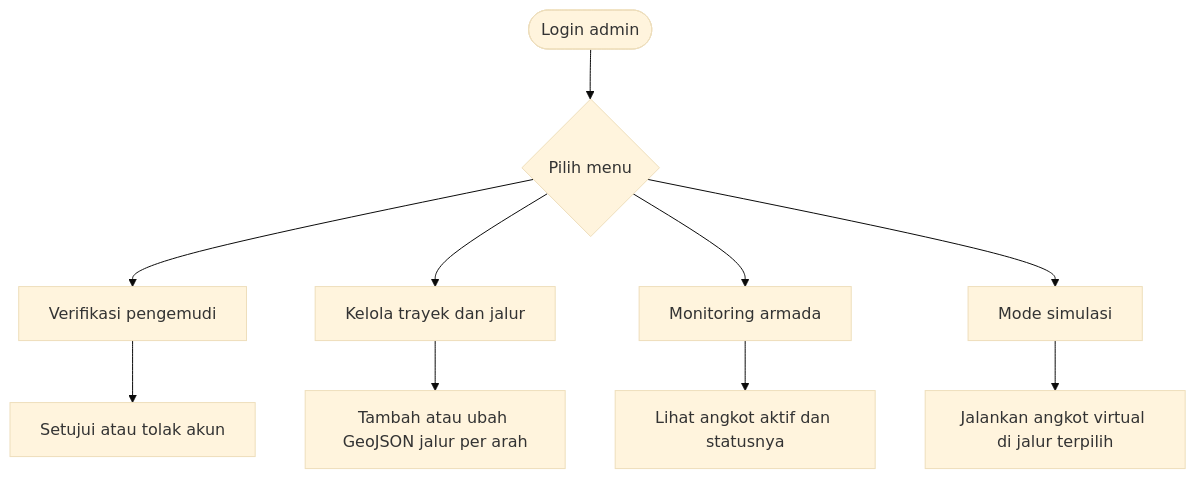
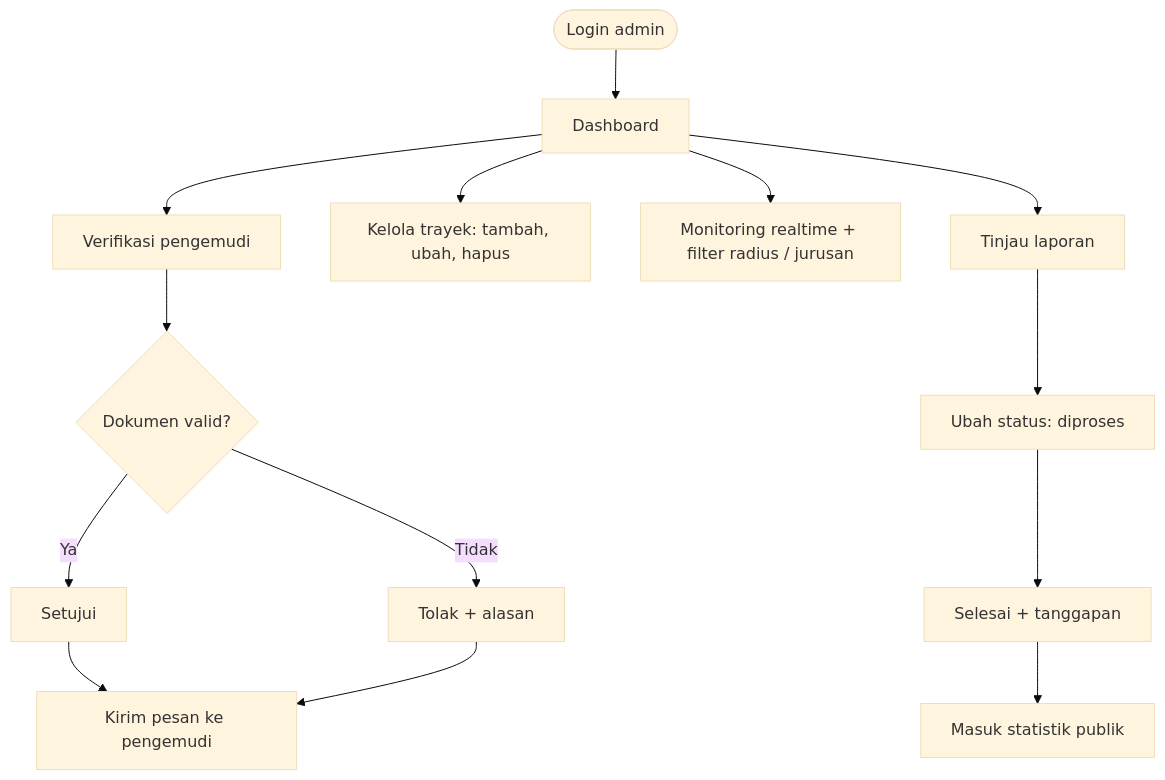
One commit to angkot-live/angkot-live changed the sixth of 6 diagrams in README.md. Above: the diagram before and after it, drawn with Mermaid (base theme). The commit also changed other lines of this file, not shown here.

````diff
--- a/README.md
+++ b/README.md
@@ -269,12 +569,20 @@
 ```mermaid
 flowchart TD
-    A(["Login admin"]) --> B{"Pilih menu"}
+    A(["Login admin"]) --> B["Dashboard"]
+
     B --> C["Verifikasi pengemudi"]
-    B --> D["Kelola trayek dan jalur"]
-    B --> E["Monitoring armada"]
-    B --> F["Mode simulasi"]
-    C --> C1["Setujui atau tolak akun"]
-    D --> D1["Tambah atau ubah GeoJSON jalur per arah"]
-    E --> E1["Lihat angkot aktif dan statusnya"]
-    F --> F1["Jalankan angkot virtual di jalur terpilih"]
+    C --> C1{"Dokumen valid?"}
+    C1 -->|Ya| C2["Setujui"]
+    C1 -->|Tidak| C3["Tolak + alasan"]
+    C2 --> C4["Kirim pesan ke pengemudi"]
+    C3 --> C4
+
+    B --> D["Kelola trayek: tambah, ubah, hapus"]
+
+    B --> E["Monitoring realtime + filter radius / jurusan"]
+
+    B --> F["Tinjau laporan"]
+    F --> F1["Ubah status: diproses"]
+    F1 --> F2["Selesai + tanggapan"]
+    F2 --> F3["Masuk statistik publik"]
 ```
````
